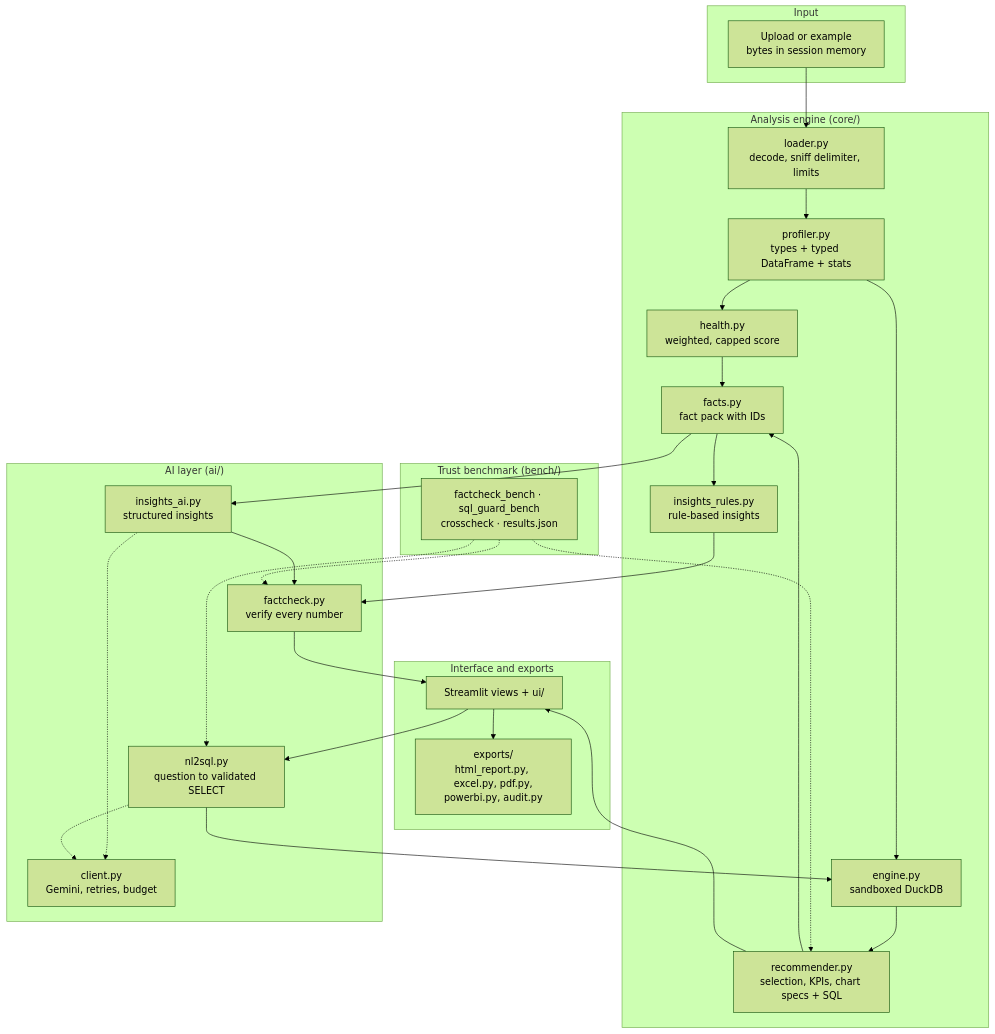
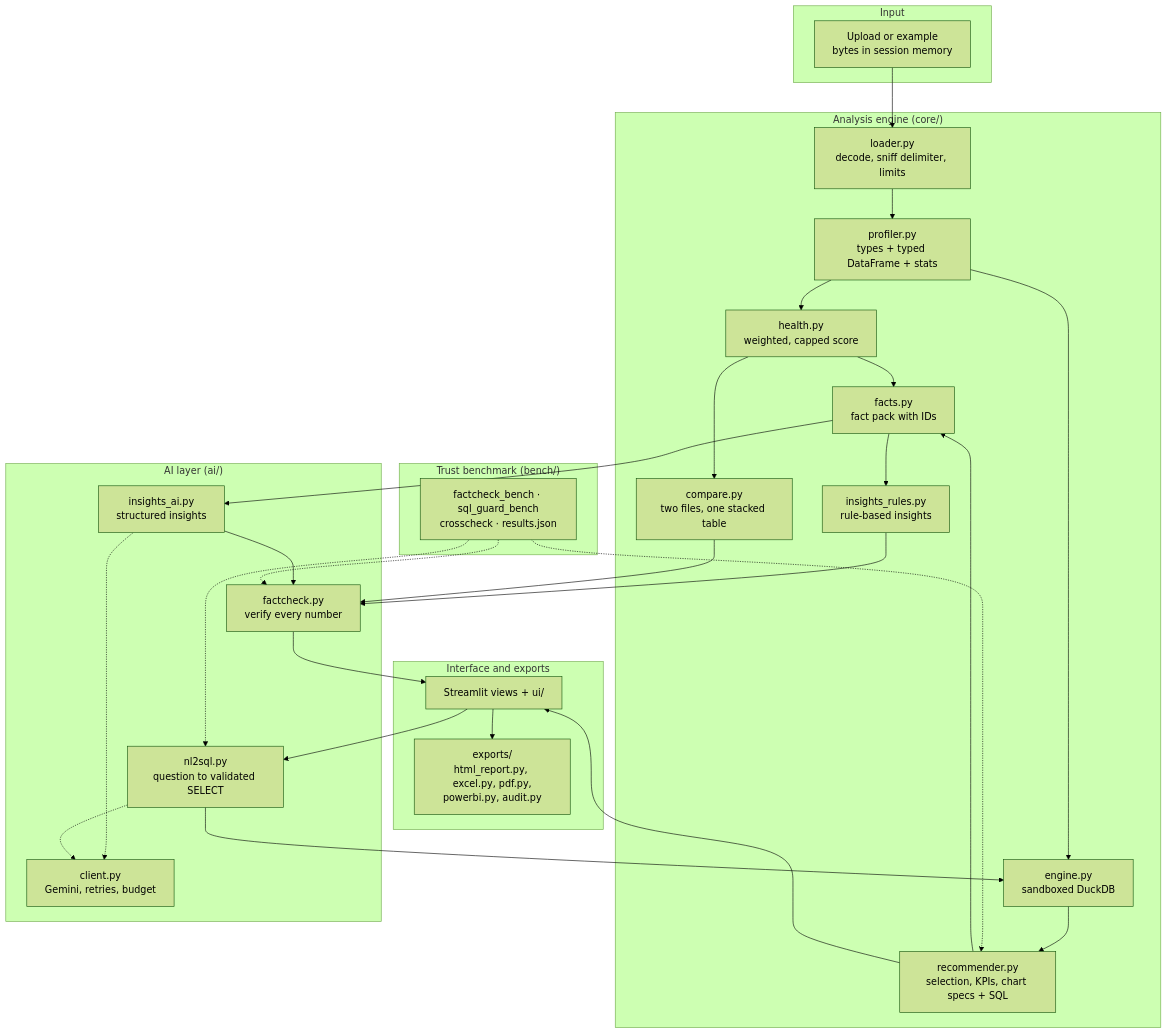
The first of 2 diagrams in docs/ARCHITECTURE.md (DQuanBui/Veridash), drawn with Mermaid (forest theme) before and after one commit. The commit also changed other lines of this file and 1 other file, not shown here.

First line of the commit message:
docs: document the comparison design and data flow

````diff
--- a/docs/ARCHITECTURE.md
+++ b/docs/ARCHITECTURE.md
@@ -7,42 +7,44 @@
 ```mermaid
 flowchart TD
     subgraph Input
         U[Upload or example<br/>bytes in session memory]
     end
     subgraph Engine["Analysis engine (core/)"]
         L[loader.py<br/>decode, sniff delimiter, limits]
         P[profiler.py<br/>types + typed DataFrame + stats]
         H[health.py<br/>weighted, capped score]
         E[engine.py<br/>sandboxed DuckDB]
         R[recommender.py<br/>selection, KPIs, chart specs + SQL]
         F[facts.py<br/>fact pack with IDs]
         IR[insights_rules.py<br/>rule-based insights]
+        CMP[compare.py<br/>two files, one stacked table]
     end
     subgraph AI["AI layer (ai/)"]
         C[client.py<br/>Gemini, retries, budget]
         IA[insights_ai.py<br/>structured insights]
         FC[factcheck.py<br/>verify every number]
         NL[nl2sql.py<br/>question to validated SELECT]
     end
     subgraph Out["Interface and exports"]
         UI[Streamlit views + ui/]
         X[exports/<br/>html_report.py, excel.py, pdf.py,<br/>powerbi.py, audit.py]
     end
     U --> L --> P --> H
     P --> E --> R --> F
     H --> F
     F --> IR --> FC
+    H --> CMP --> FC
     F --> IA --> FC
     IA -.-> C
     NL -.-> C
     FC --> UI
     R --> UI
     UI --> NL --> E
     UI --> X
     subgraph Bench["Trust benchmark (bench/)"]
         B[factcheck_bench · sql_guard_bench<br/>crosscheck · results.json]
     end
     B -.-> FC
     B -.-> NL
     B -.-> R
 ```
````
